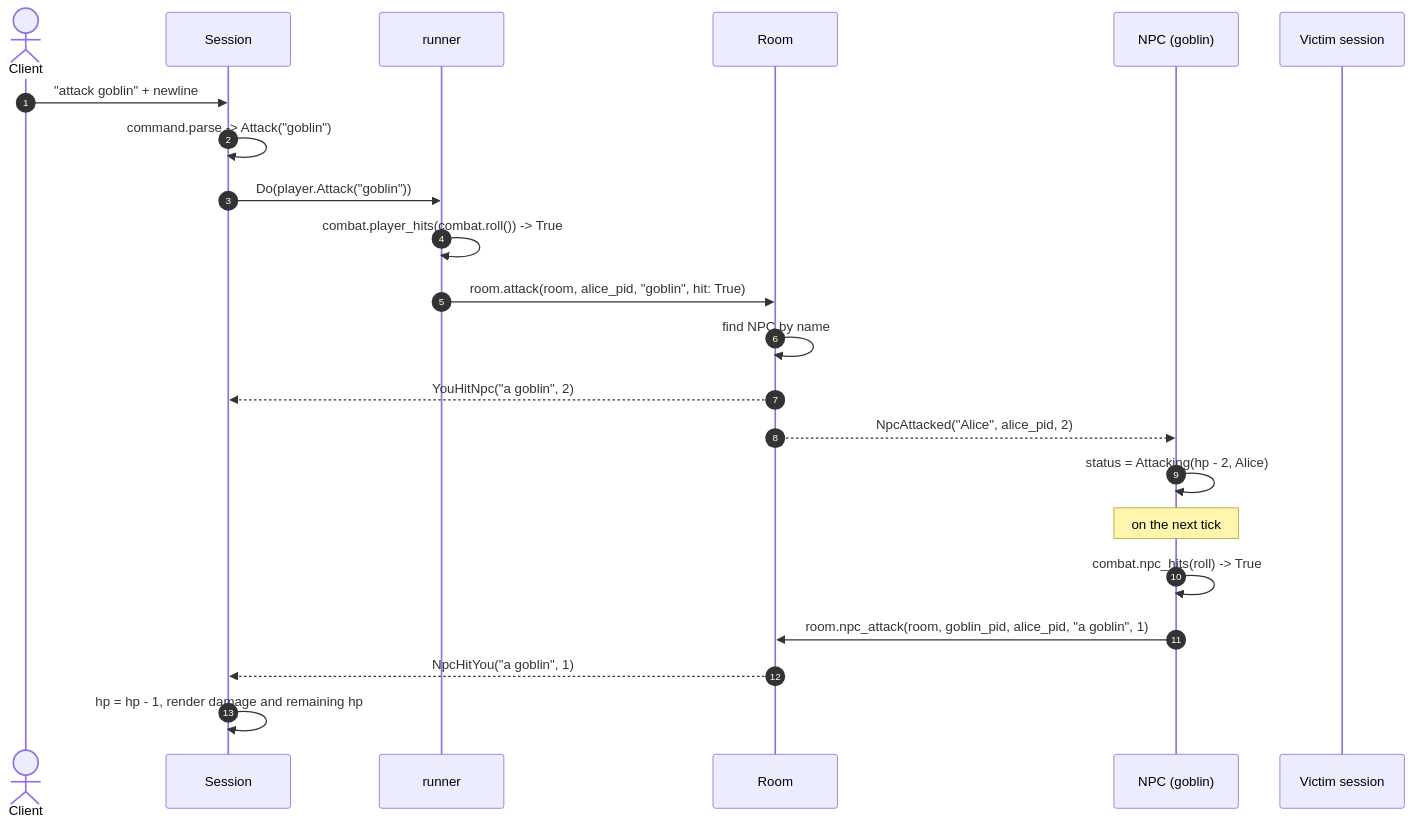
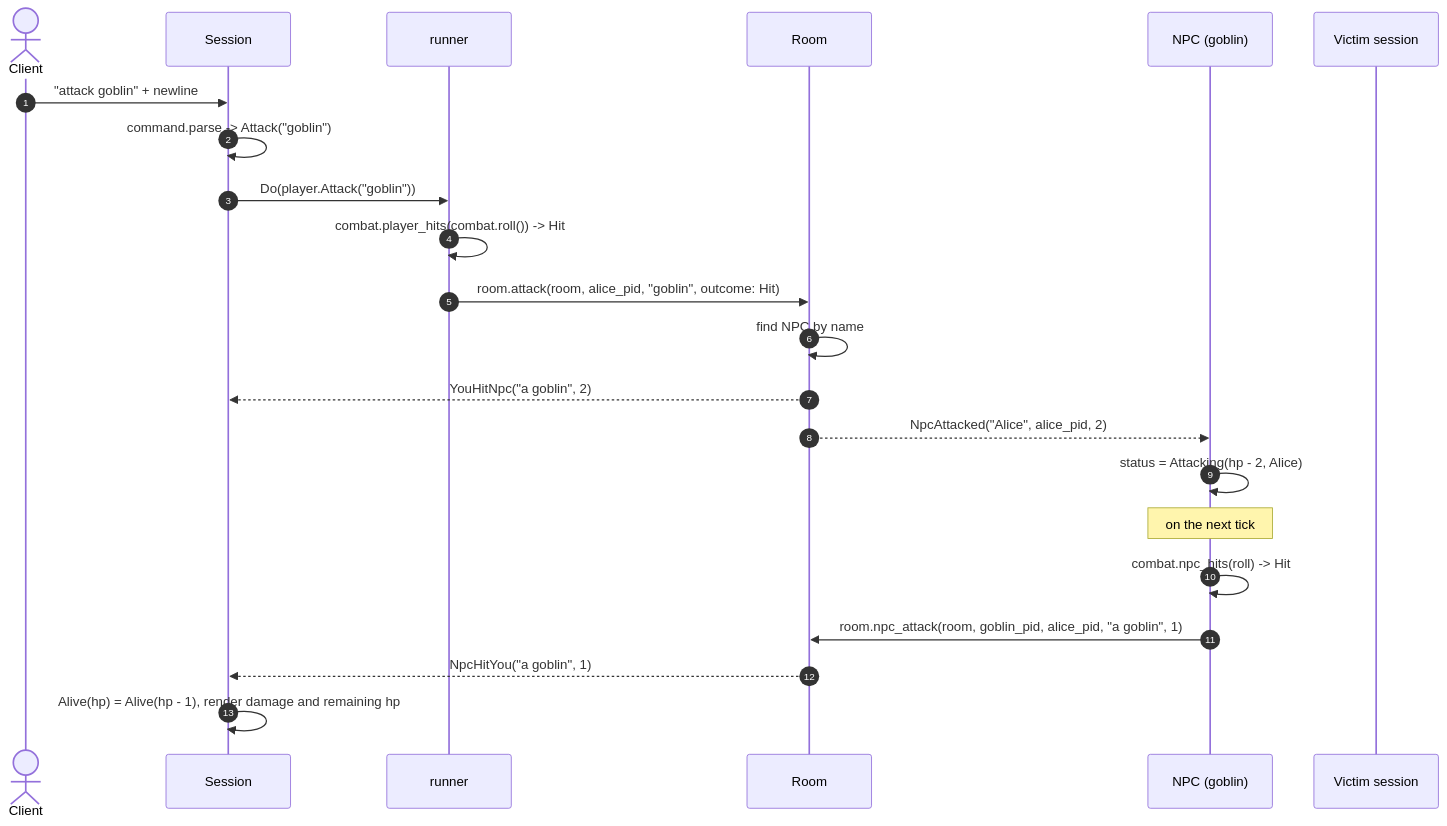
Before and after one commit to dlozeve/mud: the sixth of 9 diagrams in README.md, drawn with Mermaid. The commit also changed other lines of this file, not shown here.

First line of the commit message:
docs: update README flows for the refactored types

````diff
--- a/README.md
+++ b/README.md
@@ -269,26 +269,26 @@
 ```mermaid
 sequenceDiagram
   autonumber
   actor C as Client
   participant S as Session
   participant Run as runner
   participant R as Room
   participant N as NPC (goblin)
   participant V as Victim session
 
   C->>S: "attack goblin" + newline
   S->>S: command.parse -> Attack("goblin")
   S->>Run: Do(player.Attack("goblin"))
-  Run->>Run: combat.player_hits(combat.roll()) -> True
-  Run->>R: room.attack(room, alice_pid, "goblin", hit: True)
+  Run->>Run: combat.player_hits(combat.roll()) -> Hit
+  Run->>R: room.attack(room, alice_pid, "goblin", outcome: Hit)
   R->>R: find NPC by name
   R-->>S: YouHitNpc("a goblin", 2)
   R-->>N: NpcAttacked("Alice", alice_pid, 2)
   N->>N: status = Attacking(hp - 2, Alice)
 
   Note over N: on the next tick
-  N->>N: combat.npc_hits(roll) -> True
+  N->>N: combat.npc_hits(roll) -> Hit
   N->>R: room.npc_attack(room, goblin_pid, alice_pid, "a goblin", 1)
   R-->>S: NpcHitYou("a goblin", 1)
-  S->>S: hp = hp - 1, render damage and remaining hp
+  S->>S: Alive(hp) = Alive(hp - 1), render damage and remaining hp
 ```
````
